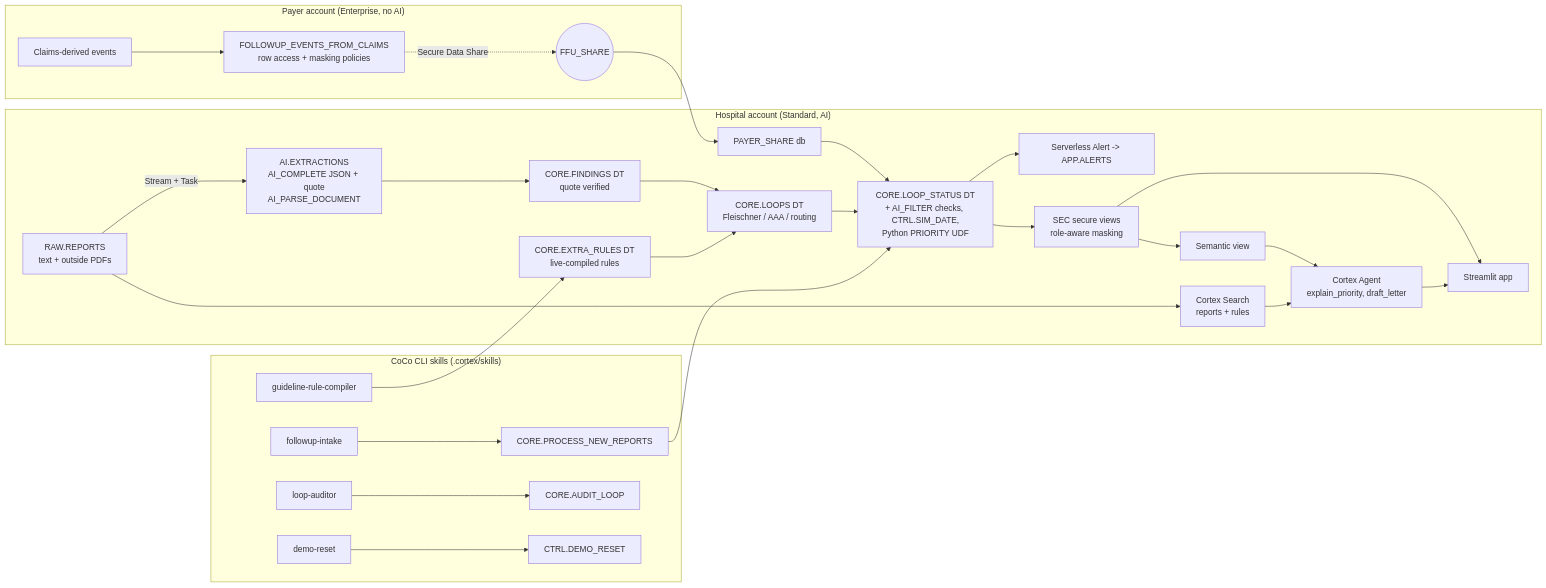
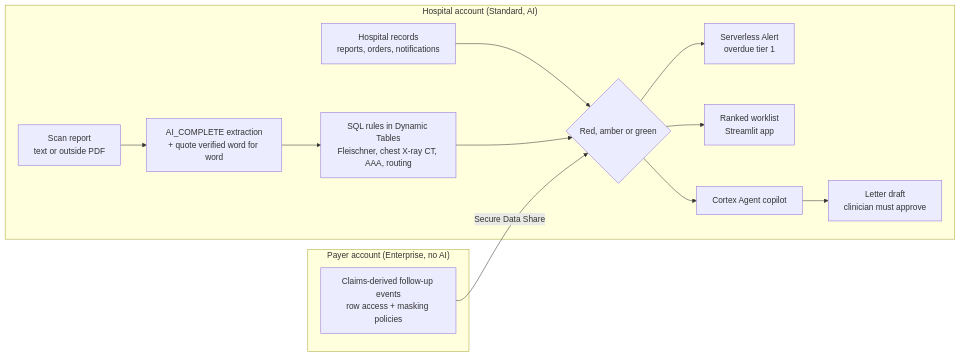
Before and after one commit to sahil-makandar/forgotten-followups: the diagram in README.md, drawn with Mermaid. The commit also changed other lines of this file, not shown here.

Commit message:
README rewrite: pitch and summary, how-it-works flowchart, feature table with proof files, CoCo section, judge steps; same facts and limits

````diff
--- a/README.md
+++ b/README.md
@@ -14,29 +21,17 @@
 ```mermaid
 flowchart LR
- subgraph PAYER["Payer account (Enterprise, no AI)"]
-  C[Claims-derived events] --> F[FOLLOWUP_EVENTS_FROM_CLAIMS<br/>row access + masking policies]
-  F -. Secure Data Share .-> S((FFU_SHARE))
- end
- subgraph HOSP["Hospital account (Standard, AI)"]
-  R[RAW.REPORTS<br/>text + outside PDFs] -->|Stream + Task| X[AI.EXTRACTIONS<br/>AI_COMPLETE JSON + quote<br/>AI_PARSE_DOCUMENT]
-  X --> DT1[CORE.FINDINGS DT<br/>quote verified]
-  DT1 --> DT2[CORE.LOOPS DT<br/>Fleischner / AAA / routing]
-  EX[CORE.EXTRA_RULES DT<br/>live-compiled rules] --> DT2
-  S --> SH[PAYER_SHARE db]
-  SH --> DT3
-  DT2 --> DT3[CORE.LOOP_STATUS DT<br/>+ AI_FILTER checks, CTRL.SIM_DATE,<br/>Python PRIORITY UDF]
-  DT3 --> AL[Serverless Alert -> APP.ALERTS]
-  DT3 --> SEC[SEC secure views<br/>role-aware masking]
-  SEC --> SV[Semantic view] --> AG[Cortex Agent<br/>explain_priority, draft_letter]
-  R --> CS[Cortex Search<br/>reports + rules] --> AG
-  SEC --> APP[Streamlit app]
-  AG --> APP
- end
- subgraph COCO["CoCo CLI skills (.cortex/skills)"]
-  K1[followup-intake] --> P1[CORE.PROCESS_NEW_REPORTS]
-  K2[loop-auditor] --> P2[CORE.AUDIT_LOOP]
-  K3[guideline-rule-compiler] --> EX
-  K4[demo-reset] --> P3[CTRL.DEMO_RESET]
- end
- P1 --> DT3
+  subgraph PAYER["Payer account (Enterprise, no AI)"]
+    C["Claims-derived follow-up events<br/>row access + masking policies"]
+  end
+  subgraph HOSP["Hospital account (Standard, AI)"]
+    R["Scan report<br/>text or outside PDF"] --> X["AI_COMPLETE extraction<br/>+ quote verified word for word"]
+    X --> RU["SQL rules in Dynamic Tables<br/>Fleischner, chest X-ray CT, AAA, routing"]
+    H["Hospital records<br/>reports, orders, notifications"] --> ST
+    RU --> ST{"Red, amber or green"}
+    ST --> AL["Serverless Alert<br/>overdue tier 1"]
+    ST --> WL["Ranked worklist<br/>Streamlit app"]
+    ST --> AG["Cortex Agent copilot"]
+    AG --> LT["Letter draft<br/>clinician must approve"]
+  end
+  C -- "Secure Data Share" --> ST
 ```
````
